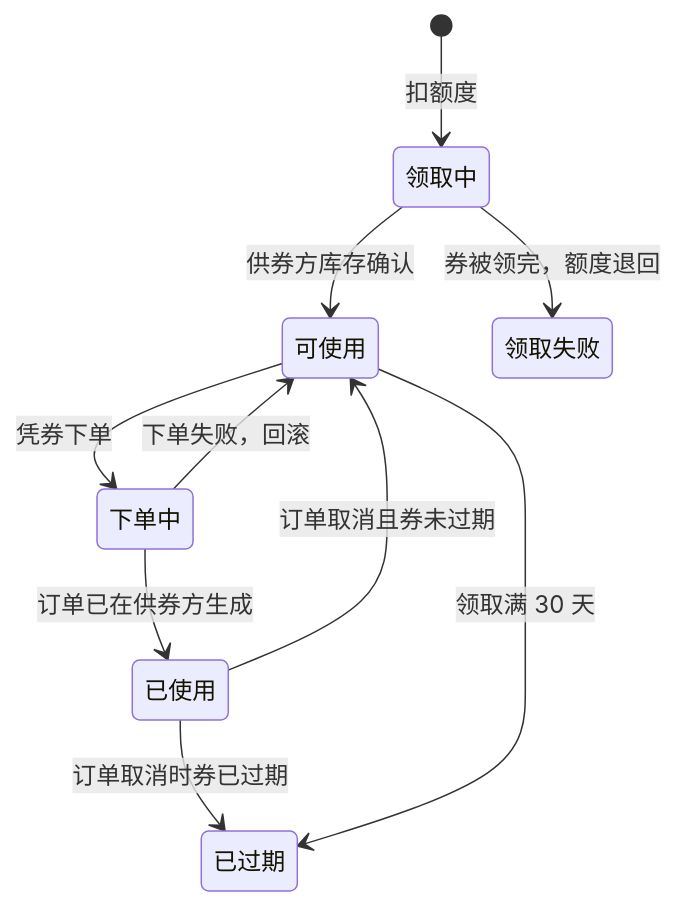
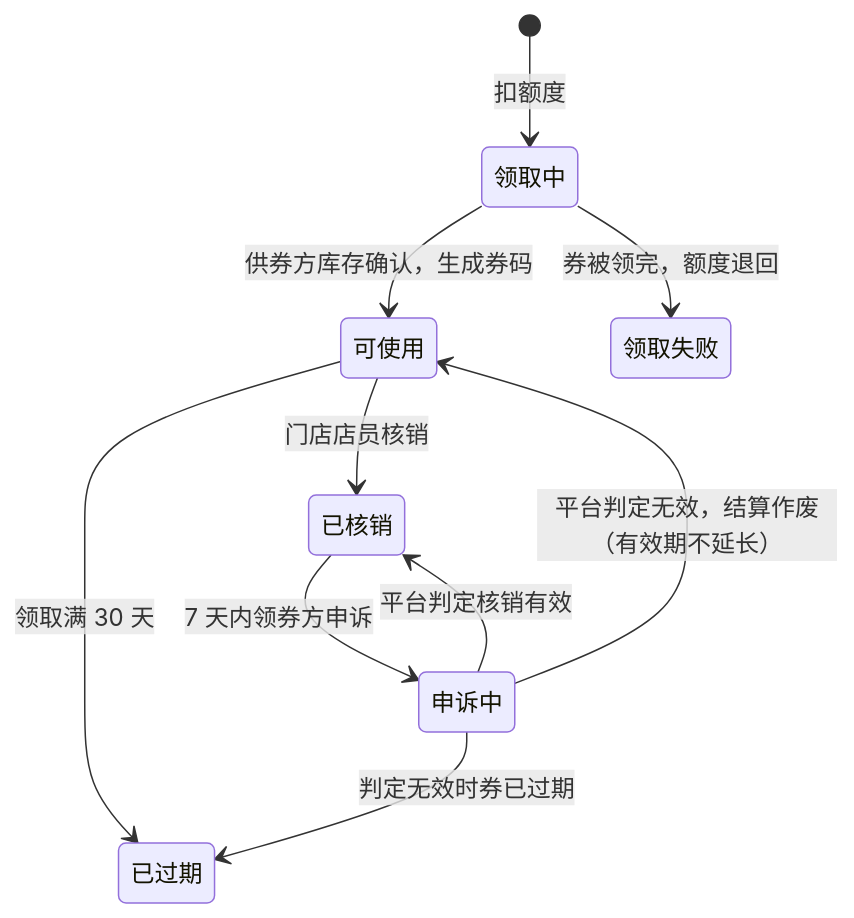
Before and after one commit to Luv10777/1: the first of 2 diagrams in docs/alliance-vouchers.md, drawn with Mermaid. The commit also changed other lines of this file, not shown here.

````diff
--- a/docs/alliance-vouchers.md
+++ b/docs/alliance-vouchers.md
@@ -98,12 +104,12 @@
 ```mermaid
 stateDiagram-v2
     [*] --> 领取中: 扣额度
-    领取中 --> 可使用: 供券方库存确认
+    领取中 --> 可使用: 供券方库存确认，生成券码
     领取中 --> 领取失败: 券被领完，额度退回
-    可使用 --> 下单中: 凭券下单
-    下单中 --> 已使用: 订单已在供券方生成
-    下单中 --> 可使用: 下单失败，回滚
-    已使用 --> 可使用: 订单取消且券未过期
-    已使用 --> 已过期: 订单取消时券已过期
+    可使用 --> 已核销: 门店店员核销
     可使用 --> 已过期: 领取满 30 天
+    已核销 --> 申诉中: 7 天内领券方申诉
+    申诉中 --> 已核销: 平台判定核销有效
+    申诉中 --> 可使用: 平台判定无效，结算作废（有效期不延长）
+    申诉中 --> 已过期: 判定无效时券已过期
 ```
````
